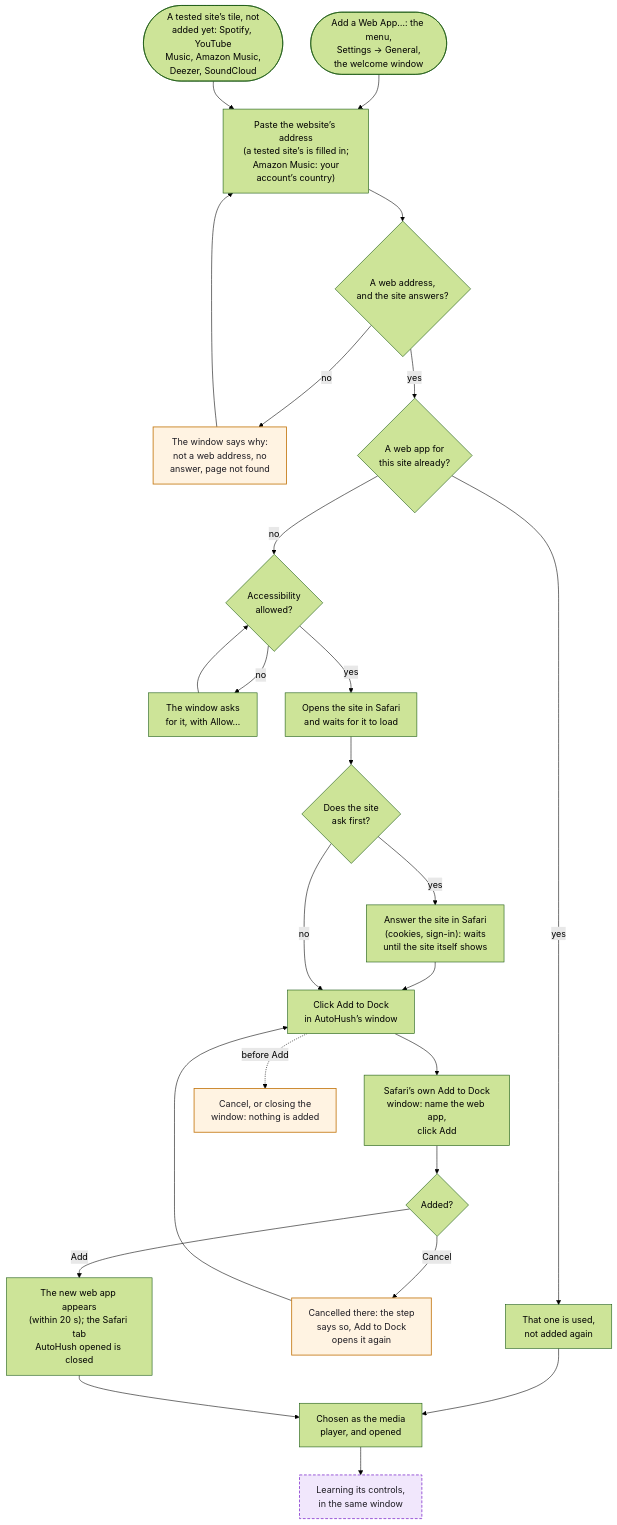
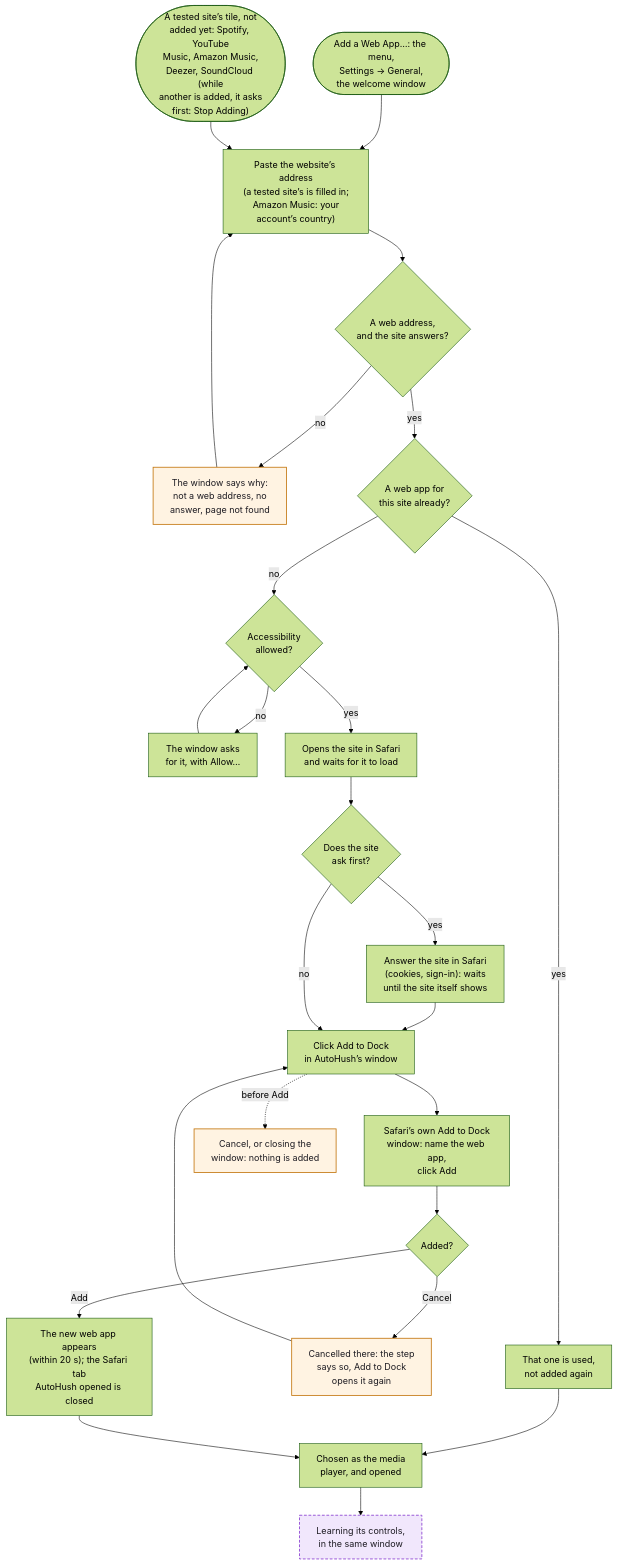
Before and after one commit to hfustercabre/AutoHush: the seventh of 14 diagrams in WORKFLOWS.md, drawn with Mermaid (forest theme). The commit also changed other lines of this file and 46 other files, not shown here.

````diff
--- a/WORKFLOWS.md
+++ b/WORKFLOWS.md
@@ -339,44 +339,44 @@
 ```mermaid
 flowchart TD
   ST(["Add a Web App…: the menu,<br/>Settings → General,<br/>the welcome window"])
-  SUG(["A tested site’s tile, not<br/>added yet: Spotify, YouTube<br/>Music, Amazon Music,<br/>Deezer, SoundCloud"])
+  SUG(["A tested site’s tile, not<br/>added yet: Spotify, YouTube<br/>Music, Amazon Music,<br/>Deezer, SoundCloud (while<br/>another is added, it asks<br/>first: Stop Adding)"])
   ADDR["Paste the website’s address<br/>(a tested site’s is filled in;<br/>Amazon Music: your<br/>account’s country)"]
   CHK{"A web address,<br/>and the site answers?"}
   ERR["The window says why:<br/>not a web address, no<br/>answer, page not found"]
   DUP{"A web app for<br/>this site already?"}
   USE["That one is used,<br/>not added again"]
   ACC{"Accessibility<br/>allowed?"}
   ACCN["The window asks<br/>for it, with Allow…"]
   OPEN["Opens the site in Safari<br/>and waits for it to load"]
   ASKS{"Does the site<br/>ask first?"}
   ANS["Answer the site in Safari<br/>(cookies, sign-in): waits<br/>until the site itself shows"]
   BTN["Click Add to Dock<br/>in AutoHush’s window"]
   DLG["Safari’s own Add to Dock<br/>window: name the web app,<br/>click Add"]
   OUT{"Added?"}
   AGAIN["Cancelled there: the step<br/>says so, Add to Dock<br/>opens it again"]
   MADE["The new web app appears<br/>(within 20 s); the Safari tab<br/>AutoHush opened is closed"]
   CHO["Chosen as the media<br/>player, and opened"]
   LRN["Learning its controls,<br/>in the same window"]
   STOP["Cancel, or closing the<br/>window: nothing is added"]
 
   ST --> ADDR
   SUG --> ADDR
   ADDR --> CHK
   CHK -->|"no"| ERR --> ADDR
   CHK -->|"yes"| DUP
   DUP -->|"yes"| USE --> CHO
   DUP -->|"no"| ACC
   ACC -->|"no"| ACCN --> ACC
   ACC -->|"yes"| OPEN --> ASKS
   ASKS -->|"yes"| ANS --> BTN
   ASKS -->|"no"| BTN
   BTN --> DLG --> OUT
   OUT -->|"Cancel"| AGAIN --> BTN
   OUT -->|"Add"| MADE --> CHO --> LRN
   BTN -.->|"before Add"| STOP
 
   class LRN ref
   class ERR,AGAIN,STOP warn
   classDef ref fill:#f1e7fc,stroke:#8a3fd1,stroke-width:1.5px,stroke-dasharray: 5 3,color:#1d1b22
   classDef warn fill:#fff3e2,stroke:#c47812,stroke-width:1.5px,color:#1d1b22
 ```
````
